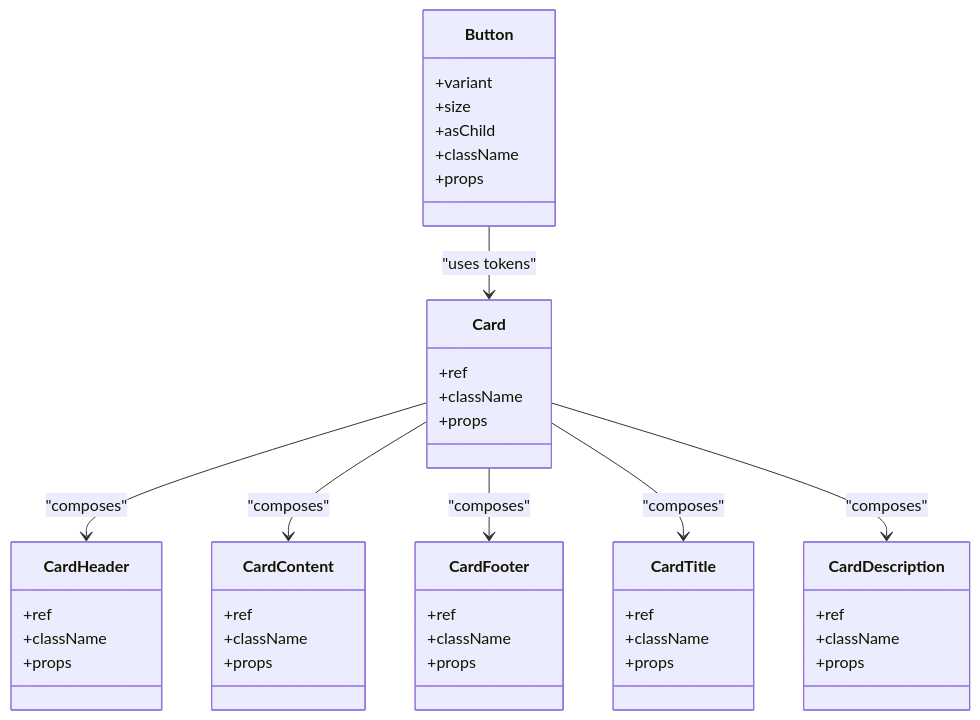
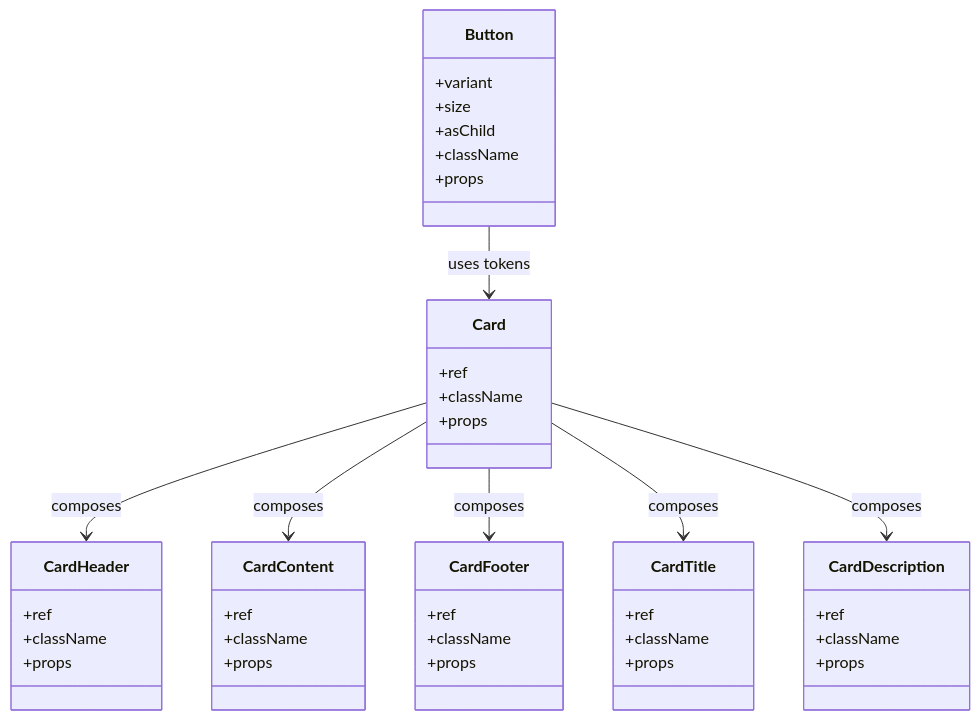
Before and after one commit to mohjak/sc-dof: the fourth of 6 diagrams in .qoder/repowiki/en/content/Styling Strategy/Styling Strategy.md, drawn with Mermaid. The commit also changed other lines of this file and 68 other files, not shown here.

First line of the commit message:
docs(docs): update component architecture docs with markdown formatting fixes

````diff
--- a/.qoder/repowiki/en/content/Styling Strategy/Styling Strategy.md
+++ b/.qoder/repowiki/en/content/Styling Strategy/Styling Strategy.md
@@ -251,46 +249,46 @@
 ```mermaid
 classDiagram
 class Card {
 +ref
 +className
 +props
 }
 class CardHeader {
 +ref
 +className
 +props
 }
 class CardTitle {
 +ref
 +className
 +props
 }
 class CardDescription {
 +ref
 +className
 +props
 }
 class CardContent {
 +ref
 +className
 +props
 }
 class CardFooter {
 +ref
 +className
 +props
 }
 class Button {
 +variant
 +size
 +asChild
 +className
 +props
 }
-Card --> CardHeader : "composes"
-Card --> CardContent : "composes"
-Card --> CardFooter : "composes"
-Card --> CardTitle : "composes"
-Card --> CardDescription : "composes"
-Button --> Card : "uses tokens"
+Card --> CardHeader : composes
+Card --> CardContent : composes
+Card --> CardFooter : composes
+Card --> CardTitle : composes
+Card --> CardDescription : composes
+Button --> Card : uses tokens
 ```
````
